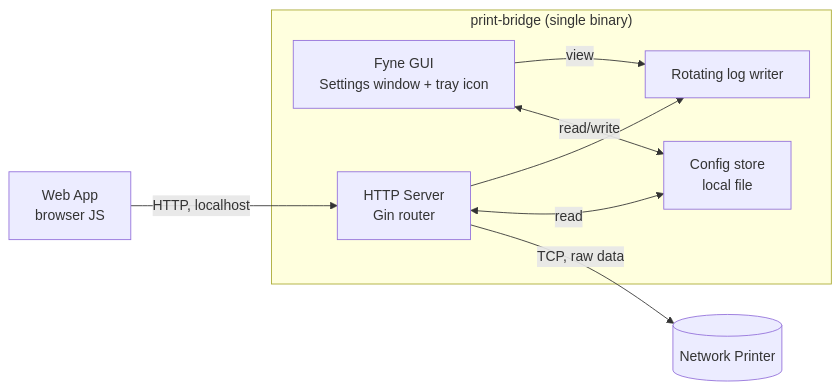
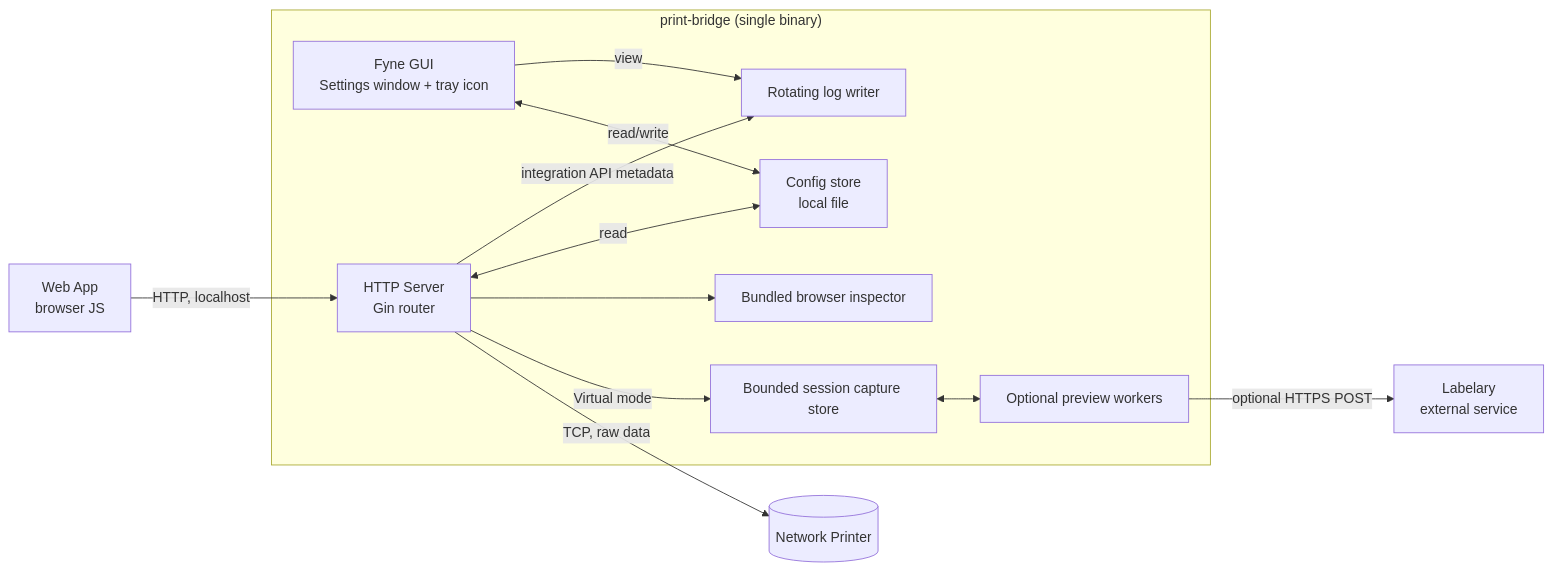
Before and after one commit to JamesBolanos/print-bridge: the first of 2 diagrams in DOCS/03-architecture/architecture-overview.md, drawn with Mermaid. The commit also changed other lines of this file and 46 other files, not shown here.

Commit message:
Local Virtual Mode Work

````diff
--- a/DOCS/03-architecture/architecture-overview.md
+++ b/DOCS/03-architecture/architecture-overview.md
@@ -7,15 +7,23 @@
 ```mermaid
 flowchart LR
     subgraph "print-bridge (single binary)"
         UI[Fyne GUI\nSettings window + tray icon]
         Core[HTTP Server\nGin router]
+        Store[Bounded session capture store]
+        Inspector[Bundled browser inspector]
+        Preview[Optional preview workers]
         Log[Rotating log writer]
         Cfg[Config store\nlocal file]
     end
+    Labelary[Labelary\nexternal service]
     Web[Web App\nbrowser JS] -- HTTP, localhost --> Core
     Core -- TCP, raw data --> Printer[(Network Printer)]
+    Core -- Virtual mode --> Store
+    Core --> Inspector
+    Store <--> Preview
+    Preview -- optional HTTPS POST --> Labelary
     UI <-- read/write --> Cfg
     Core <-- read --> Cfg
-    Core --> Log
+    Core -- integration API metadata --> Log
     UI -- view --> Log
 ```
````
